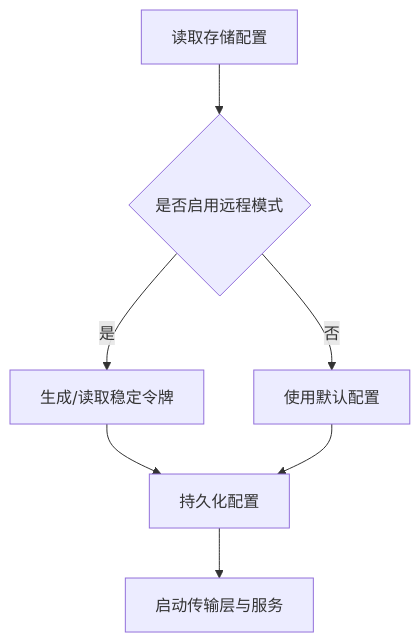
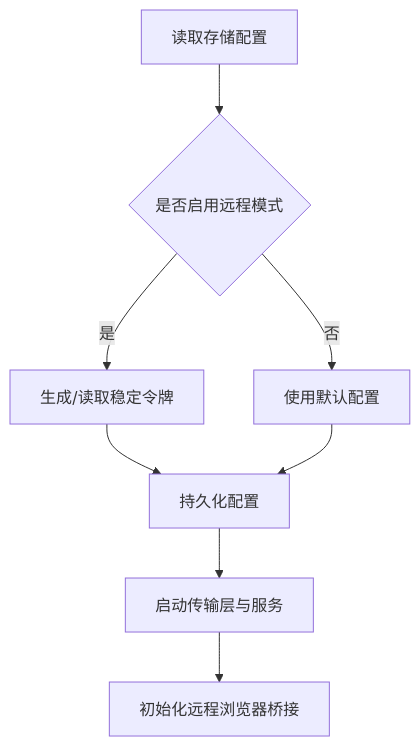
One commit to haolange/craft-agents-oss changed the eighth of 11 diagrams in .qoder/repowiki/zh/content/服务器架构/服务器核心/服务器核心.md. Above: the diagram before and after it, drawn with Mermaid. The commit also changed other lines of this file and 5 other files, not shown here.

````diff
--- a/.qoder/repowiki/zh/content/服务器架构/服务器核心/服务器核心.md
+++ b/.qoder/repowiki/zh/content/服务器架构/服务器核心/服务器核心.md
@@ -298,9 +369,10 @@
 ```mermaid
 flowchart TD
 A["读取存储配置"] --> B{"是否启用远程模式"}
 B --> |是| C["生成/读取稳定令牌"]
 B --> |否| D["使用默认配置"]
 C --> E["持久化配置"]
 D --> E
 E --> F["启动传输层与服务"]
+F --> G["初始化远程浏览器桥接"]
 ```
````
